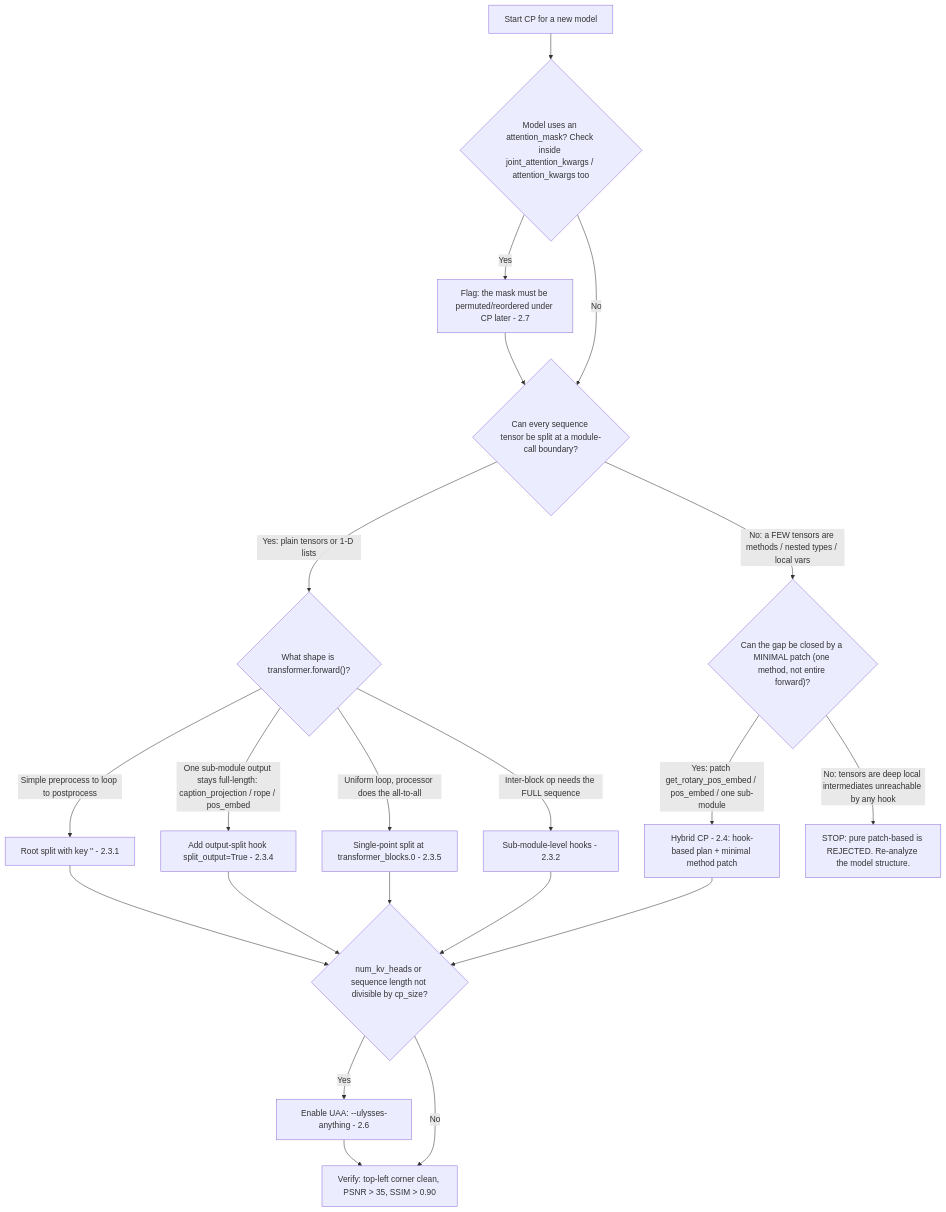
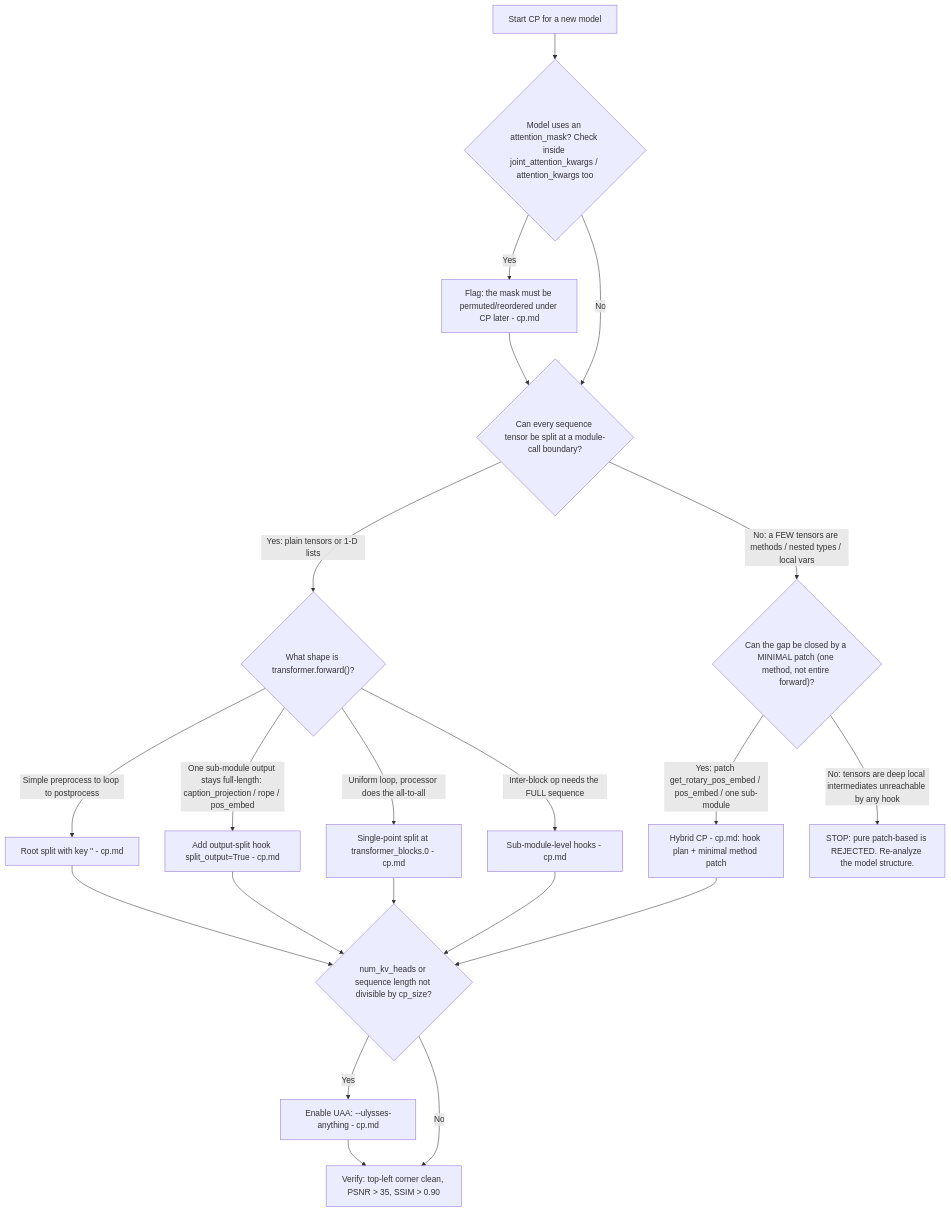
The second of 3 diagrams in .copilot/skills/cache-dit-model-integration/SKILL.md (vipshop/cache-dit), drawn with Mermaid before and after one commit. The commit also changed other lines of this file and 8 other files, not shown here.

````diff
--- a/.copilot/skills/cache-dit-model-integration/SKILL.md
+++ b/.copilot/skills/cache-dit-model-integration/SKILL.md
@@ -85,24 +83,24 @@
 ```mermaid
 flowchart TD
     S["Start CP for a new model"] --> MK{"Model uses an attention_mask? Check inside joint_attention_kwargs / attention_kwargs too"}
-    MK -->|"Yes"| MKN["Flag: the mask must be permuted/reordered under CP later - 2.7"]
+        MK -->|"Yes"| MKN["Flag: the mask must be permuted/reordered under CP later - cp.md"]
     MK -->|"No"| HK
     MKN --> HK{"Can every sequence tensor be split at a module-call boundary?"}
     HK -->|"Yes: plain tensors or 1-D lists"| HT{"What shape is transformer.forward()?"}
     HK -->|"No: a FEW tensors are methods / nested types / local vars"| HB{"Can the gap be closed by a MINIMAL patch (one method, not entire forward)?"}
-    HB -->|"Yes: patch get_rotary_pos_embed / pos_embed / one sub-module"| HY["Hybrid CP - 2.4: hook-based plan + minimal method patch"]
+    HB -->|"Yes: patch get_rotary_pos_embed / pos_embed / one sub-module"| HY["Hybrid CP - cp.md: hook plan + minimal method patch"]
     HB -->|"No: tensors are deep local intermediates unreachable by any hook"| STOP["STOP: pure patch-based is REJECTED. Re-analyze the model structure."]
-    HT -->|"Simple preprocess to loop to postprocess"| RT["Root split with key '' - 2.3.1"]
-    HT -->|"One sub-module output stays full-length: caption_projection / rope / pos_embed"| OS["Add output-split hook split_output=True - 2.3.4"]
-    HT -->|"Uniform loop, processor does the all-to-all"| B0["Single-point split at transformer_blocks.0 - 2.3.5"]
-    HT -->|"Inter-block op needs the FULL sequence"| SM["Sub-module-level hooks - 2.3.2"]
+    HT -->|"Simple preprocess to loop to postprocess"| RT["Root split with key '' - cp.md"]
+    HT -->|"One sub-module output stays full-length: caption_projection / rope / pos_embed"| OS["Add output-split hook split_output=True - cp.md"]
+        HT -->|"Uniform loop, processor does the all-to-all"| B0["Single-point split at transformer_blocks.0 - cp.md"]
+    HT -->|"Inter-block op needs the FULL sequence"| SM["Sub-module-level hooks - cp.md"]
     RT --> UA
     OS --> UA
     B0 --> UA
     SM --> UA
     HY --> UA
     UA{"num_kv_heads or sequence length not divisible by cp_size?"}
-    UA -->|"Yes"| UAA["Enable UAA: --ulysses-anything - 2.6"]
+    UA -->|"Yes"| UAA["Enable UAA: --ulysses-anything - cp.md"]
     UA -->|"No"| VF
     UAA --> VF["Verify: top-left corner clean, PSNR > 35, SSIM > 0.90"]
 ```
````
